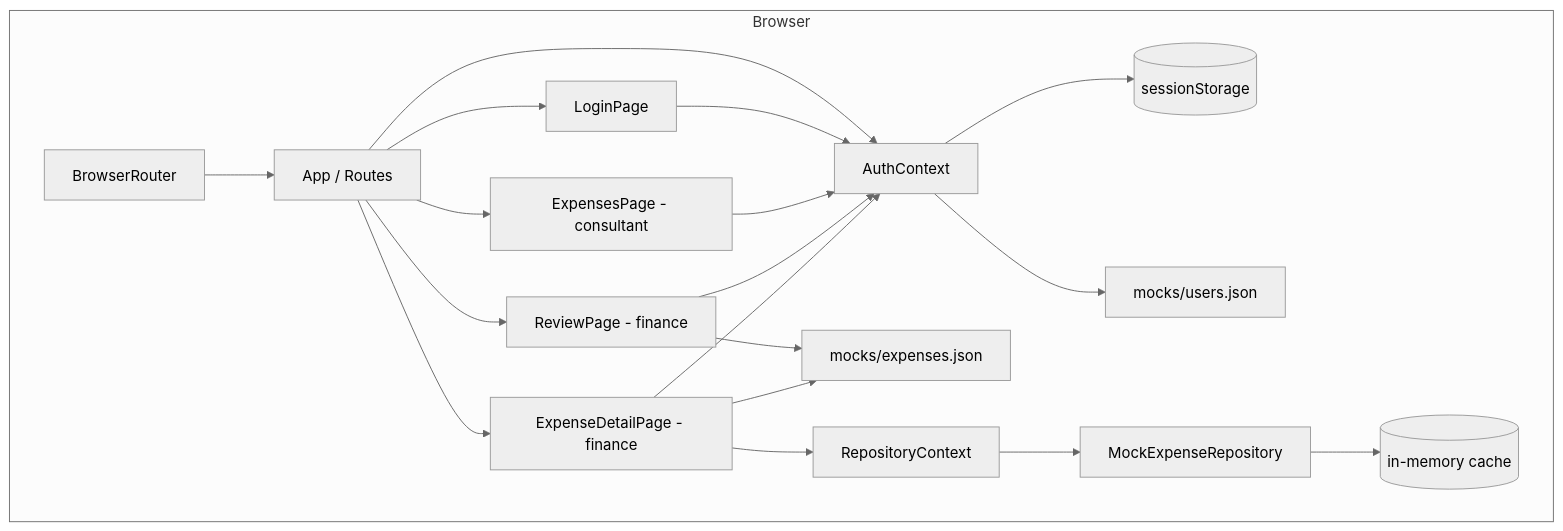
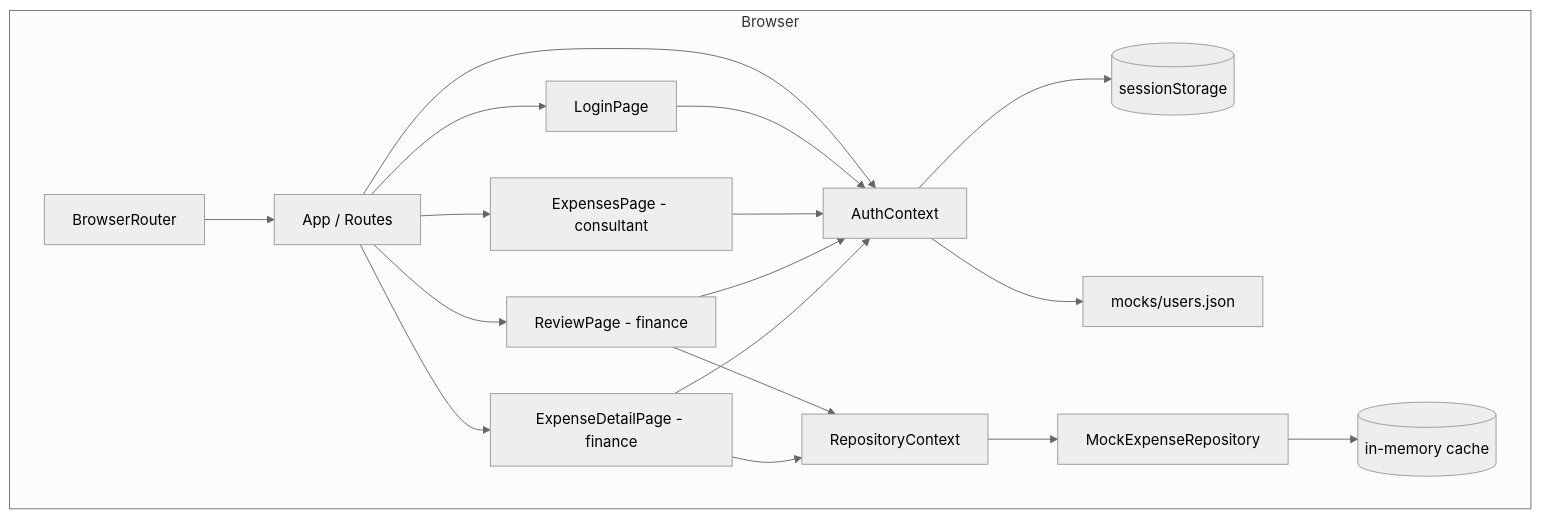
One commit to LewisHarvey-Netco/netco-expense changed the diagram in docs/architecture.md. Above: the diagram before and after it, drawn with Mermaid (neutral theme). The commit also changed other lines of this file and 13 other files, not shown here.

````diff
--- a/docs/architecture.md
+++ b/docs/architecture.md
@@ -14,22 +14,21 @@
 ```mermaid
 flowchart TD
     subgraph Browser
         BrowserRouter --> AppRoutes[App / Routes]
         AppRoutes --> AuthContext
         AuthContext --> SessionStorage[(sessionStorage)]
         AuthContext --> UsersMock[mocks/users.json]
         AppRoutes --> LoginPage
         AppRoutes --> ExpensesPage[ExpensesPage - consultant]
         AppRoutes --> ReviewPage[ReviewPage - finance]
         AppRoutes --> ExpenseDetailPage[ExpenseDetailPage - finance]
         LoginPage --> AuthContext
         ExpensesPage --> AuthContext
         ReviewPage --> AuthContext
         ExpenseDetailPage --> AuthContext
-        ReviewPage --> ExpensesMock[mocks/expenses.json]
-        ExpenseDetailPage --> ExpensesMock
+        ReviewPage --> RepositoryContext
         ExpenseDetailPage --> RepositoryContext
         RepositoryContext --> MockExpenseRepository
         MockExpenseRepository --> InMemoryCache[(in-memory cache)]
     end
 ```
````
